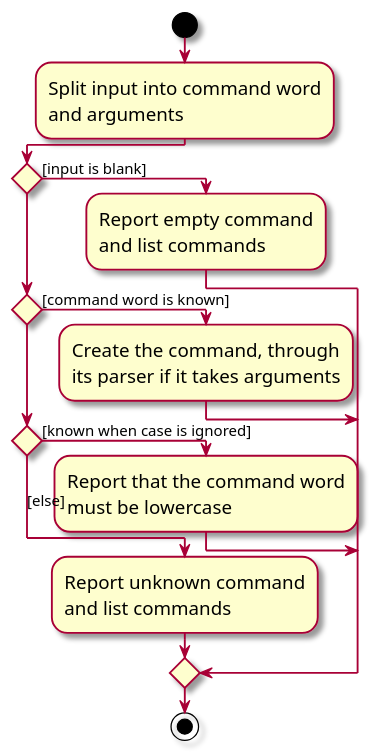
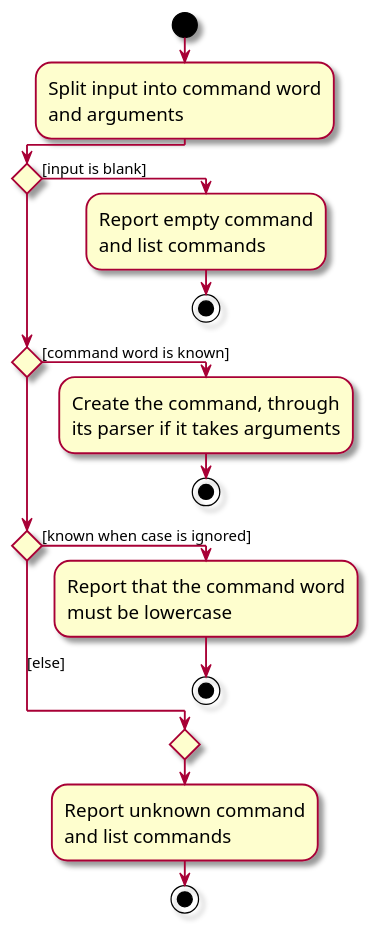
Before and after one commit to AY2627S1-CS2103T-F09-1/tp: the diagram in docs/diagrams/CommandRoutingActivityDiagram.puml, drawn with PlantUML. The commit also changed 1 other file, not shown here.

Commit message:
End each command-routing branch in its own stop
The rendered diagram routed the blank-input action into the next
decision and the wrong-case action into the unknown-command action.
AddressBookParser returns or throws at once in each case, so the
diagram showed a flow the code does not follow.

Let each outcome end the activity, and leave only the else branch to
report an unknown command.

```diff
--- a/docs/diagrams/CommandRoutingActivityDiagram.puml
+++ b/docs/diagrams/CommandRoutingActivityDiagram.puml
@@ -1,23 +1,26 @@
 @startuml
 skin rose
 !pragma useVerticalIf on
 skinparam ActivityFontSize 15
 skinparam ArrowFontSize 12
 start
 :Split input into command word
 and arguments;
 if () then ([input is blank])
     :Report empty command
     and list commands;
+    stop
 elseif () then ([command word is known])
     :Create the command, through
     its parser if it takes arguments;
+    stop
 elseif () then ([known when case is ignored])
     :Report that the command word
     must be lowercase;
+    stop
 else ([else])
-    :Report unknown command
-    and list commands;
 endif
+:Report unknown command
+and list commands;
 stop
 @enduml
```
